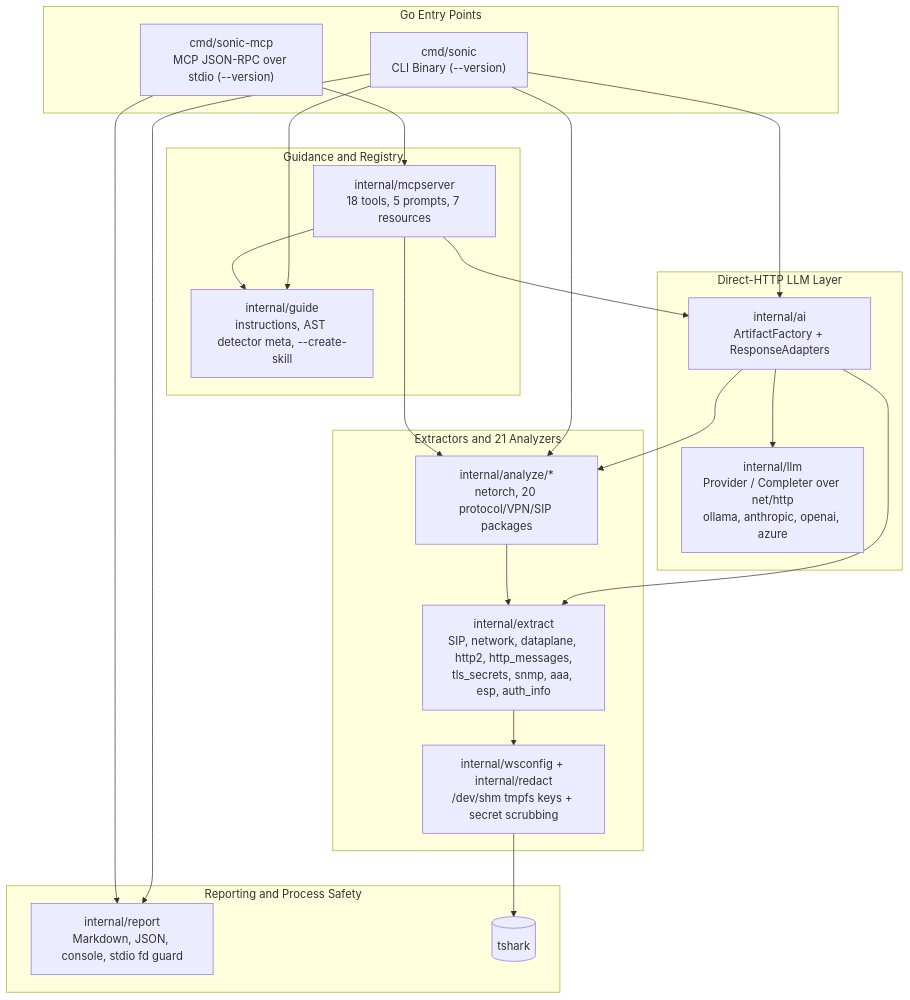
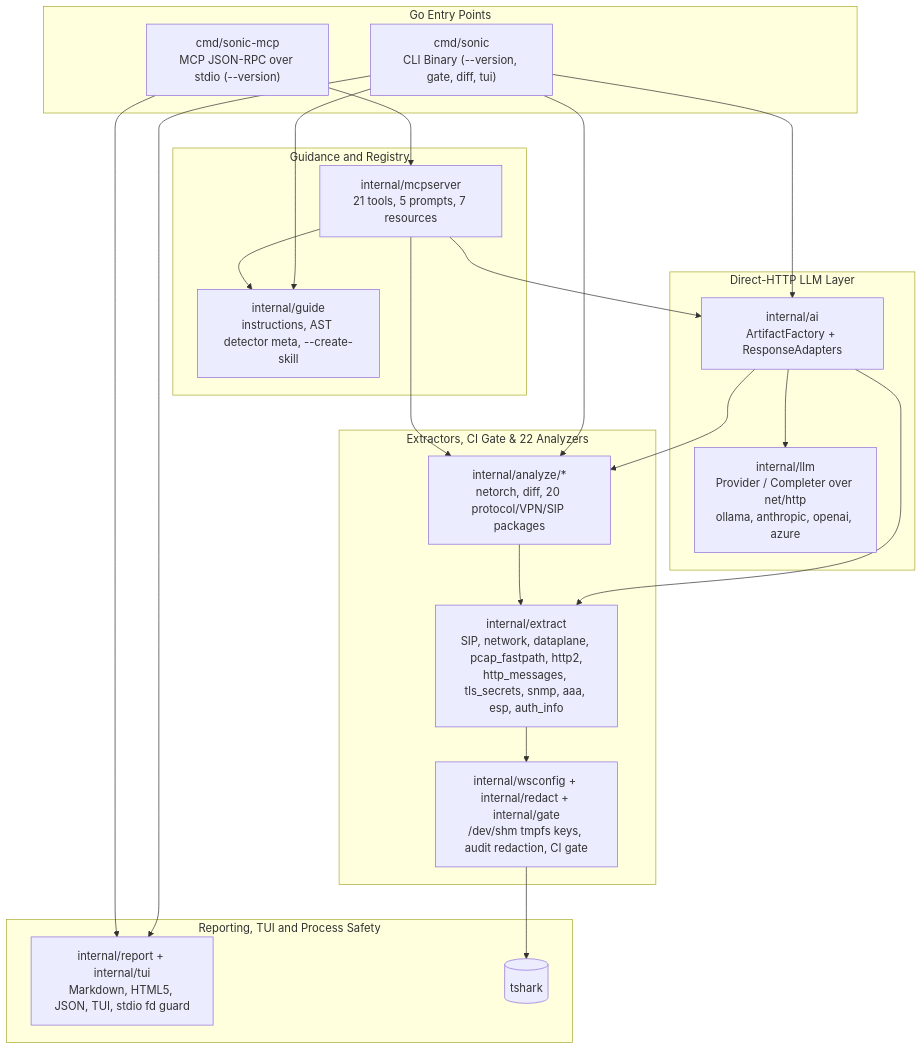
The first of 5 diagrams in docs/ARCHITECTURE.md (zombat/sonic), drawn with Mermaid before and after one commit. The commit also changed other lines of this file and 6 other files, not shown here.

Commit message:
docs: update README, benchmark, changelog, MCP, architecture, and testing docs for v4.0.0

````diff
--- a/docs/ARCHITECTURE.md
+++ b/docs/ARCHITECTURE.md
@@ -9,34 +9,34 @@
 ```mermaid
 flowchart TB
     subgraph Entry["Go Entry Points"]
-        CLI["cmd/sonic<br/>CLI Binary (--version)"]
+        CLI["cmd/sonic<br/>CLI Binary (--version, gate, diff, tui)"]
         MCP["cmd/sonic-mcp<br/>MCP JSON-RPC over stdio (--version)"]
     end
 
     subgraph Guide["Guidance and Registry"]
-        MCPSRV["internal/mcpserver<br/>18 tools, 5 prompts, 7 resources"]
+        MCPSRV["internal/mcpserver<br/>21 tools, 5 prompts, 7 resources"]
         GUIDE["internal/guide<br/>instructions, AST detector meta, --create-skill"]
     end
 
     subgraph AI["Direct-HTTP LLM Layer"]
         ORCH["internal/ai<br/>ArtifactFactory + ResponseAdapters"]
         LLM["internal/llm<br/>Provider / Completer over net/http<br/>ollama, anthropic, openai, azure"]
     end
 
-    subgraph Core["Extractors and 21 Analyzers"]
-        EXT["internal/extract<br/>SIP, network, dataplane, http2, http_messages,<br/>tls_secrets, snmp, aaa, esp, auth_info"]
-        ANA["internal/analyze/*<br/>netorch, 20 protocol/VPN/SIP packages"]
-        SEC["internal/wsconfig + internal/redact<br/>/dev/shm tmpfs keys + secret scrubbing"]
+    subgraph Core["Extractors, CI Gate & 22 Analyzers"]
+        EXT["internal/extract<br/>SIP, network, dataplane, pcap_fastpath, http2,<br/>http_messages, tls_secrets, snmp, aaa, esp, auth_info"]
+        ANA["internal/analyze/*<br/>netorch, diff, 20 protocol/VPN/SIP packages"]
+        SEC["internal/wsconfig + internal/redact + internal/gate<br/>/dev/shm tmpfs keys, audit redaction, CI gate"]
     end
 
-    subgraph Report["Reporting and Process Safety"]
-        REP["internal/report<br/>Markdown, JSON, console, stdio fd guard"]
+    subgraph Report["Reporting, TUI and Process Safety"]
+        REP["internal/report + internal/tui<br/>Markdown, HTML5, JSON, TUI, stdio fd guard"]
         TSH[("tshark")]
     end
 
     CLI --> ANA & ORCH & GUIDE & REP
     MCP --> MCPSRV --> GUIDE & ANA & ORCH
     ORCH --> EXT & ANA & LLM
     ANA --> EXT --> SEC --> TSH
     MCP --> REP
 ```
````
